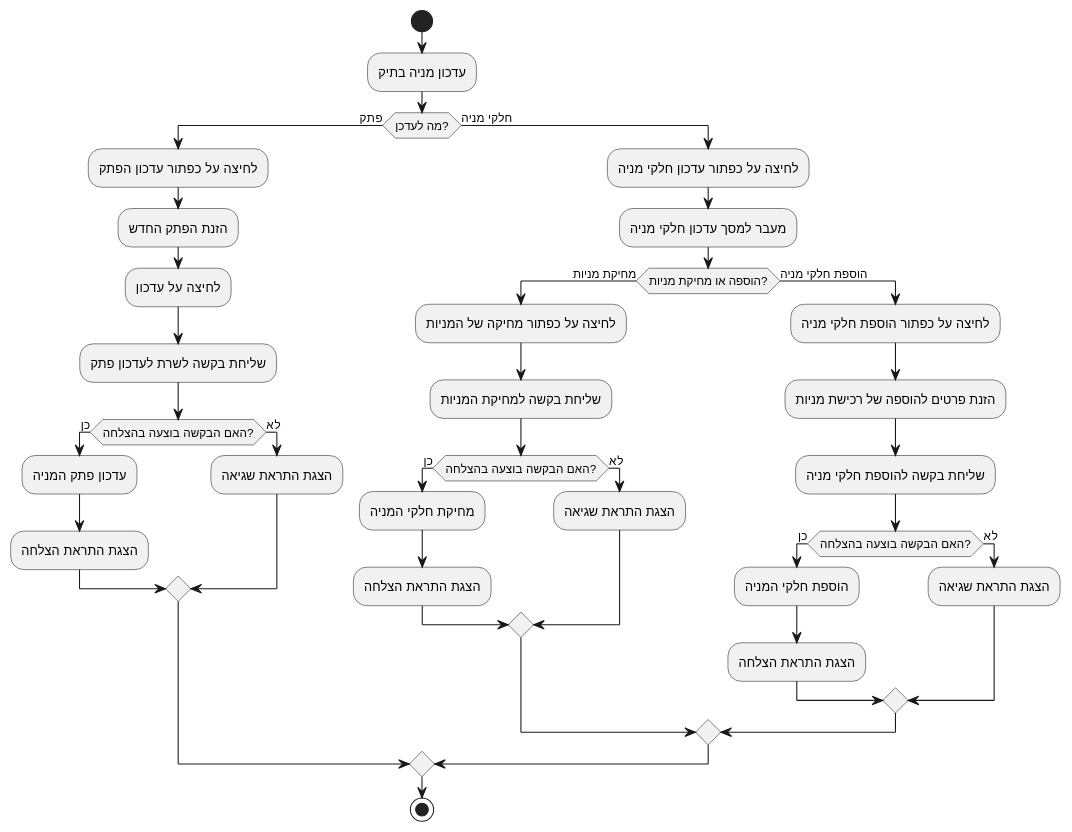
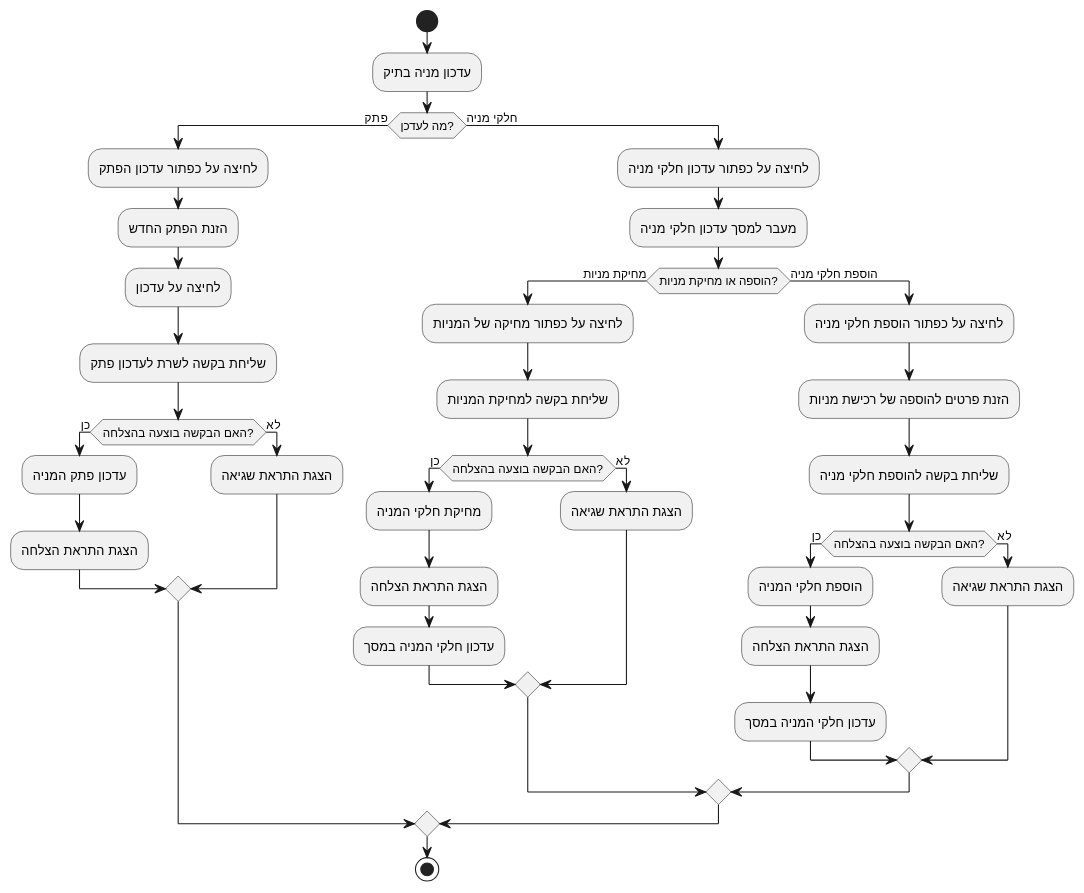
One commit to roei910/my-stocks changed the diagram in oop course/draws/activity/listStockUpdate.puml. Above: the diagram before and after it, drawn with PlantUML. The commit also changed 4 other files, not shown here.

```diff
--- a/oop course/draws/activity/listStockUpdate.puml
+++ b/oop course/draws/activity/listStockUpdate.puml
@@ -1,43 +1,45 @@
 @startuml
 
 start
 :עדכון מניה בתיק;
 
 if (מה לעדכן?) then (פתק)
     :לחיצה על כפתור עדכון הפתק;
     :הזנת הפתק החדש;
     :לחיצה על עדכון;
     :שליחת בקשה לשרת לעדכון פתק;
     if (האם הבקשה בוצעה בהצלחה?) then (כן)
         :עדכון פתק המניה;
         :הצגת התראת הצלחה;
     else (לא)
         :הצגת התראת שגיאה;
     endif
 else (חלקי מניה)
     :לחיצה על כפתור עדכון חלקי מניה;
     :מעבר למסך עדכון חלקי מניה;
     if (הוספה או מחיקת מניות?) then (מחיקת מניות)
         :לחיצה על כפתור מחיקה של המניות;
         :שליחת בקשה למחיקת המניות;
         if (האם הבקשה בוצעה בהצלחה?) then (כן)
             :מחיקת חלקי המניה;
             :הצגת התראת הצלחה;
+            :עדכון חלקי המניה במסך;
         else (לא)
             :הצגת התראת שגיאה;
         endif
     else (הוספת חלקי מניה)
         :לחיצה על כפתור הוספת חלקי מניה;
         :הזנת פרטים להוספה של רכישת מניות;
         :שליחת בקשה להוספת חלקי מניה;
         if (האם הבקשה בוצעה בהצלחה?) then (כן)
             :הוספת חלקי המניה;
             :הצגת התראת הצלחה;
+            :עדכון חלקי המניה במסך;
         else (לא)
             :הצגת התראת שגיאה;
         endif
     endif
 endif
 
 stop
 @enduml
```
